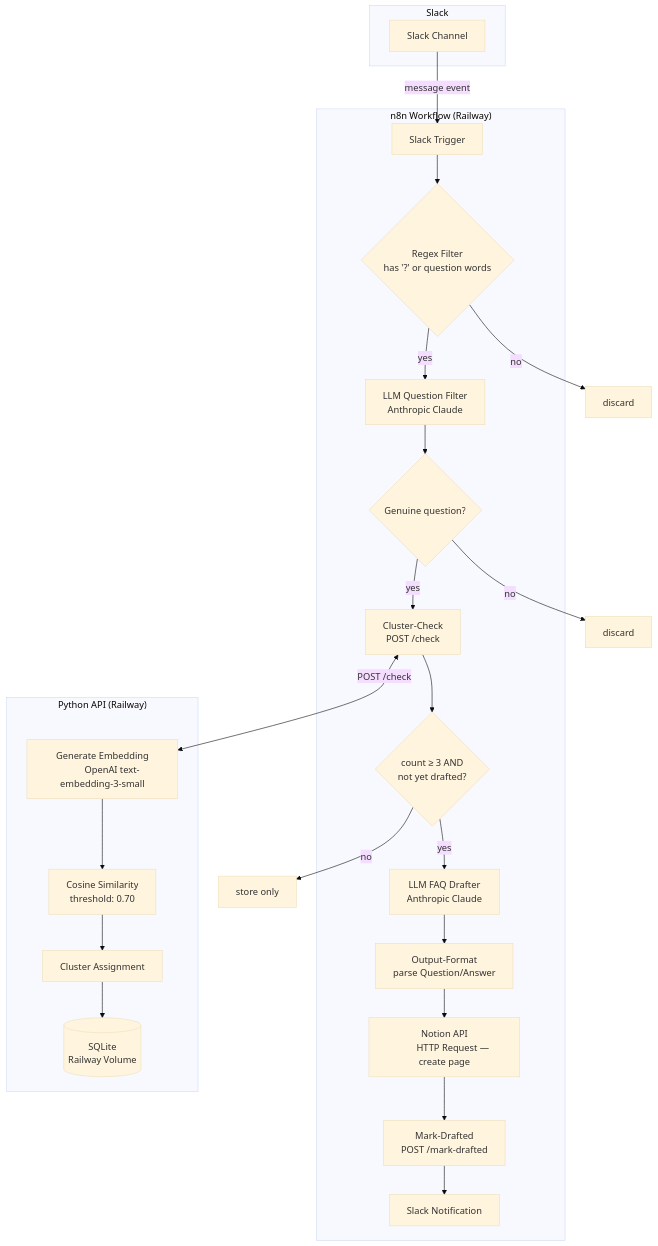
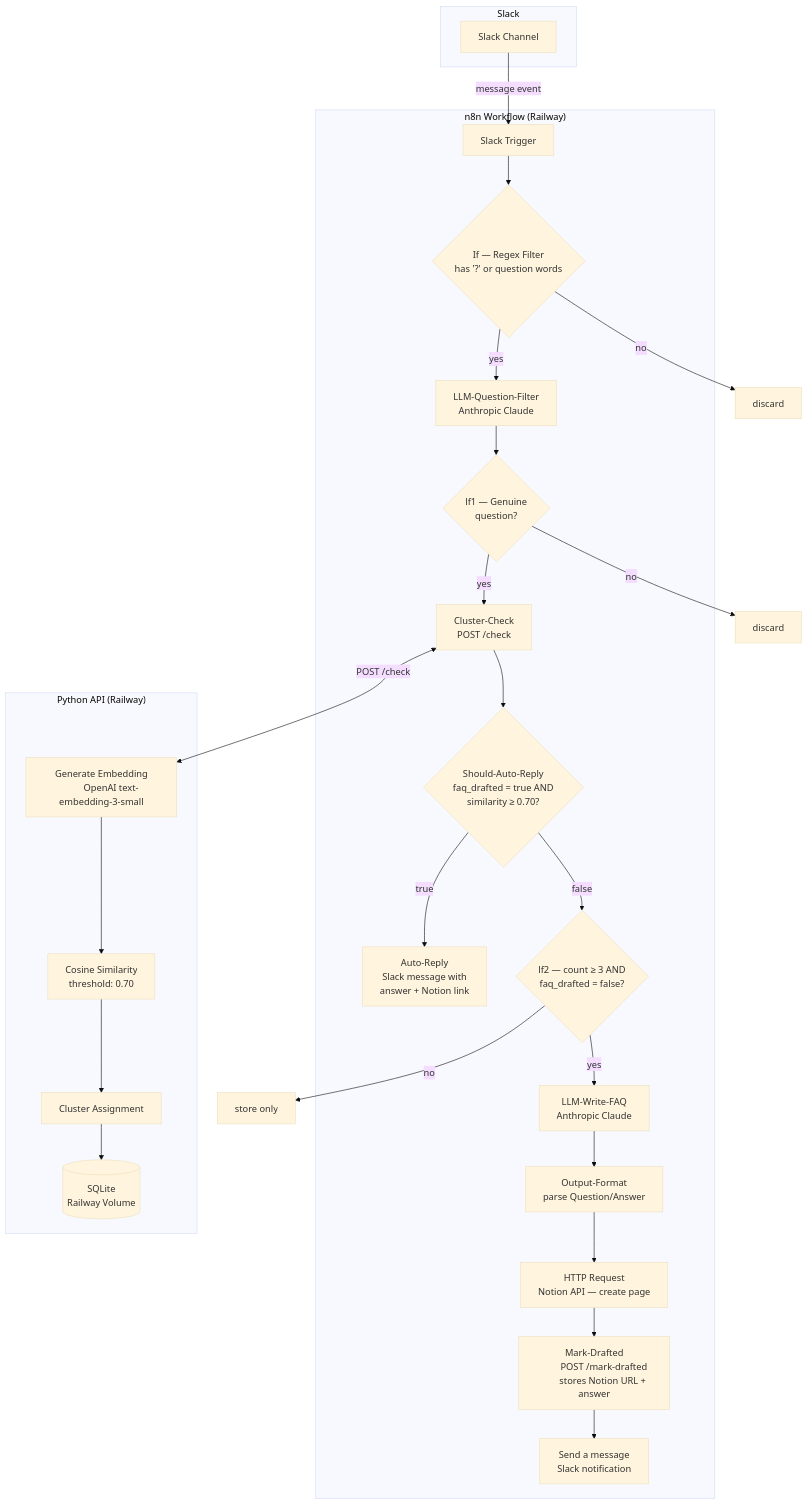
One commit to roybotbot/automated-slack-faq changed the diagram in README.md. Above: the diagram before and after it, drawn with Mermaid (base theme). The commit also changed other lines of this file, not shown here.

Commit message:
Update README with auto-reply feature, updated diagram, and node reference table

````diff
--- a/README.md
+++ b/README.md
@@ -24,56 +25,67 @@
 ```mermaid
 flowchart TD
     subgraph Slack
         A[Slack Channel]
     end
 
     subgraph n8n["n8n Workflow (Railway)"]
         B[Slack Trigger]
-        C{"Regex Filter
+        C{"If — Regex Filter
         has '?' or question words"}
-        D["LLM Question Filter
+        D["LLM-Question-Filter
         Anthropic Claude"]
-        E{Genuine question?}
+        E{"lf1 — Genuine
+        question?"}
         F["Cluster-Check
         POST /check"]
-        G{"count ≥ 3 AND
-        not yet drafted?"}
-        H["LLM FAQ Drafter
+        AR{"Should-Auto-Reply
+        faq_drafted = true AND
+        similarity ≥ 0.70?"}
+        ARS["Auto-Reply
+        Slack message with
+        answer + Notion link"]
+        G{"lf2 — count ≥ 3 AND
+        faq_drafted = false?"}
+        H["LLM-Write-FAQ
         Anthropic Claude"]
         I["Output-Format
         parse Question/Answer"]
-        J["Notion API
-        HTTP Request — create page"]
+        J["HTTP Request
+        Notion API — create page"]
         K["Mark-Drafted
-        POST /mark-drafted"]
-        L[Slack Notification]
+        POST /mark-drafted
+        stores Notion URL + answer"]
+        L["Send a message
+        Slack notification"]
     end
 
     subgraph API["Python API (Railway)"]
         M["Generate Embedding
         OpenAI text-embedding-3-small"]
         N["Cosine Similarity
         threshold: 0.70"]
         O[Cluster Assignment]
         P[(SQLite\nRailway Volume)]
     end
 
     A -->|message event| B
     B --> C
     C -->|yes| D
     C -->|no| X1[discard]
     D --> E
     E -->|yes| F
     E -->|no| X2[discard]
     F <-->|POST /check| M
     M --> N
     N --> O
     O --> P
-    F --> G
+    F --> AR
+    AR -->|true| ARS
+    AR -->|false| G
     G -->|yes| H
     G -->|no| X3[store only]
     H --> I
     I --> J
     J --> K
     K --> L
 ```
````
